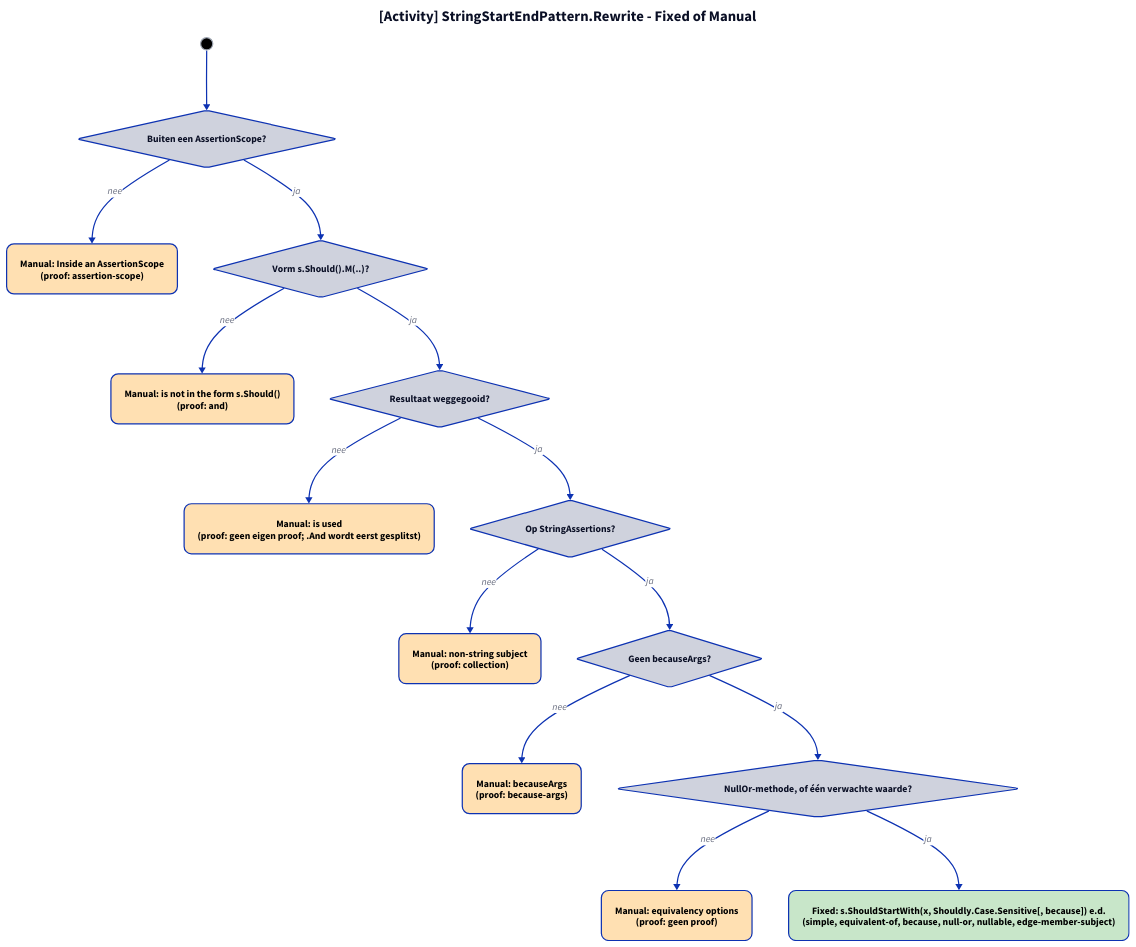
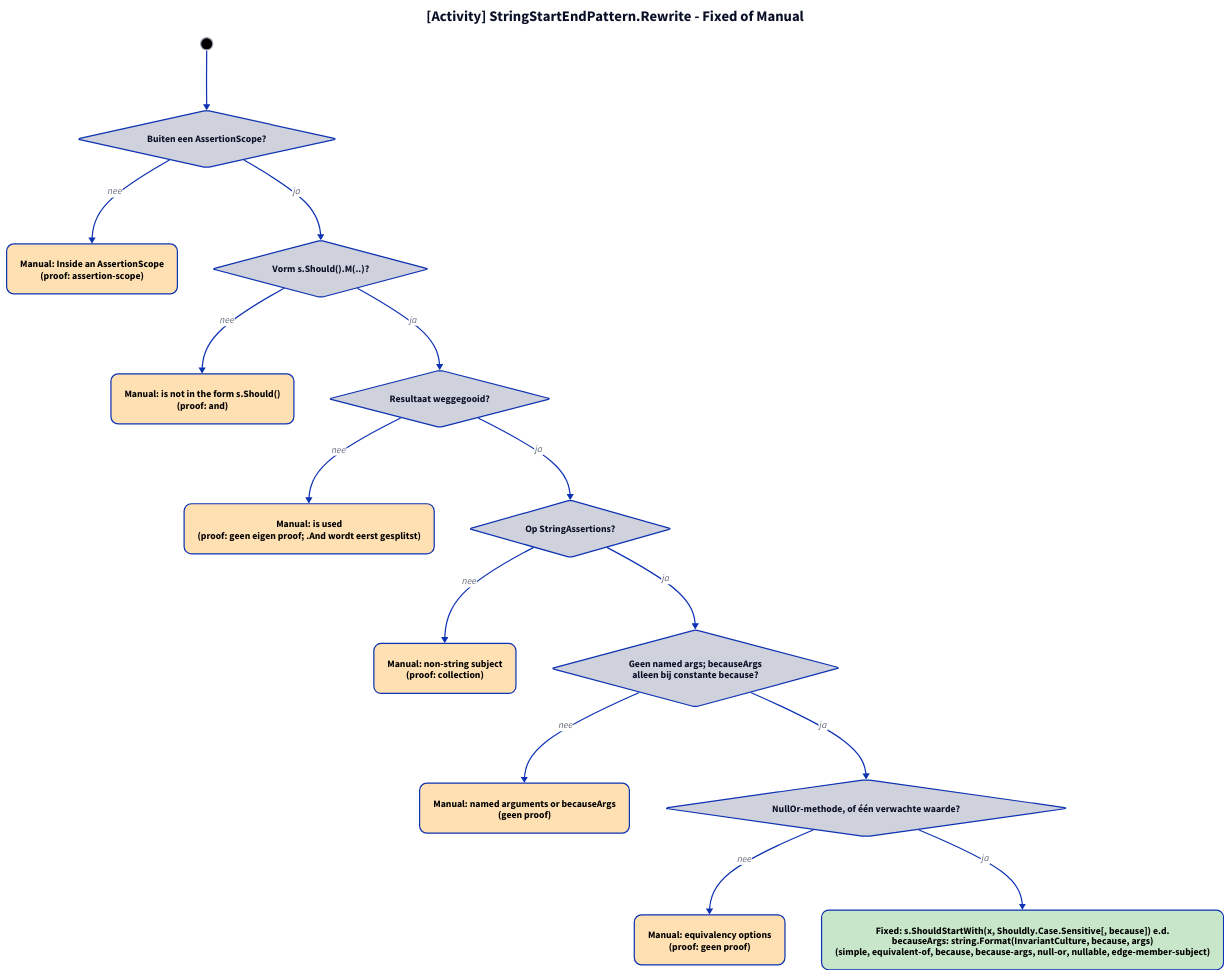
One commit to ATkingma/unshackle changed the diagram in docs/projectinfo/patterns/img/fa-string-start-end-modellen-3.d2. Above: the diagram before and after it, drawn with D2. The commit also changed 462 other files, not shown here.

```diff
--- a/docs/projectinfo/patterns/img/fa-string-start-end-modellen-3.d2
+++ b/docs/projectinfo/patterns/img/fa-string-start-end-modellen-3.d2
@@ -1,29 +1,29 @@
 title: "[Activity] StringStartEndPattern.Rewrite - Fixed of Manual" {shape: text; near: top-center; style: {font-size: 24; bold: true}}
 direction: down
 start: "" {shape: circle; width: 20; style: {fill: black; stroke: "#9ca3af"}}
 q0: "Buiten een AssertionScope?" {shape: diamond}
 m0: "Manual: Inside an AssertionScope\n(proof: assertion-scope)" {style.fill: "#ffe0b2"; style.font-color: "#000000"; style.border-radius: 12}
 start -> q0
 q0 -> m0: nee
 q1: "Vorm s.Should().M(..)?" {shape: diamond}
 m1: "Manual: is not in the form s.Should()\n(proof: and)" {style.fill: "#ffe0b2"; style.font-color: "#000000"; style.border-radius: 12}
 q0 -> q1: ja
 q1 -> m1: nee
 q2: "Resultaat weggegooid?" {shape: diamond}
 m2: "Manual: is used\n(proof: geen eigen proof; .And wordt eerst gesplitst)" {style.fill: "#ffe0b2"; style.font-color: "#000000"; style.border-radius: 12}
 q1 -> q2: ja
 q2 -> m2: nee
 q3: "Op StringAssertions?" {shape: diamond}
 m3: "Manual: non-string subject\n(proof: collection)" {style.fill: "#ffe0b2"; style.font-color: "#000000"; style.border-radius: 12}
 q2 -> q3: ja
 q3 -> m3: nee
-q4: "Geen becauseArgs?" {shape: diamond}
-m4: "Manual: becauseArgs\n(proof: because-args)" {style.fill: "#ffe0b2"; style.font-color: "#000000"; style.border-radius: 12}
+q4: "Geen named args; becauseArgs\nalleen bij constante because?" {shape: diamond}
+m4: "Manual: named arguments or becauseArgs\n(geen proof)" {style.fill: "#ffe0b2"; style.font-color: "#000000"; style.border-radius: 12}
 q3 -> q4: ja
 q4 -> m4: nee
 q5: "NullOr-methode, of één verwachte waarde?" {shape: diamond}
 m5: "Manual: equivalency options\n(proof: geen proof)" {style.fill: "#ffe0b2"; style.font-color: "#000000"; style.border-radius: 12}
 q4 -> q5: ja
 q5 -> m5: nee
-f0: "Fixed: s.ShouldStartWith(x, Shouldly.Case.Sensitive[, because]) e.d.\n(simple, equivalent-of, because, null-or, nullable, edge-member-subject)" {style.fill: "#c8e6c9"; style.font-color: "#000000"; style.border-radius: 12}
+f0: "Fixed: s.ShouldStartWith(x, Shouldly.Case.Sensitive[, because]) e.d.\nbecauseArgs: string.Format(InvariantCulture, because, args)\n(simple, equivalent-of, because, because-args, null-or, nullable, edge-member-subject)" {style.fill: "#c8e6c9"; style.font-color: "#000000"; style.border-radius: 12}
 q5 -> f0: ja
```
